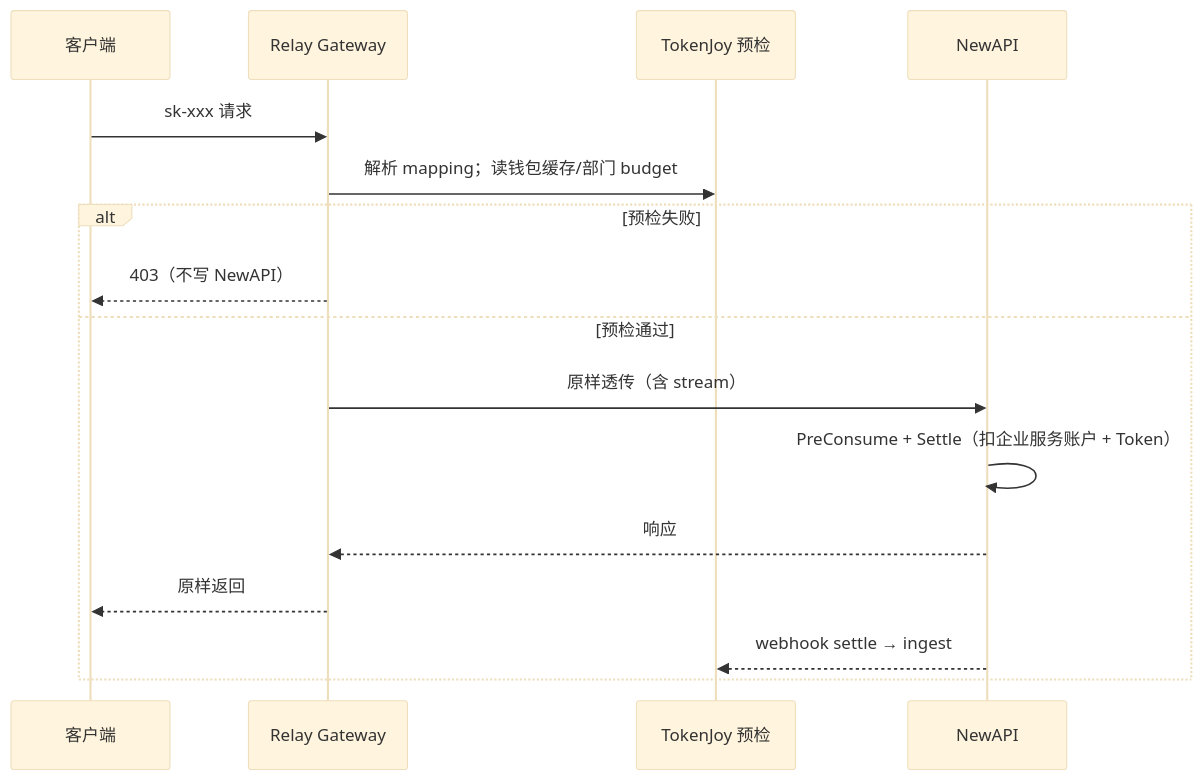
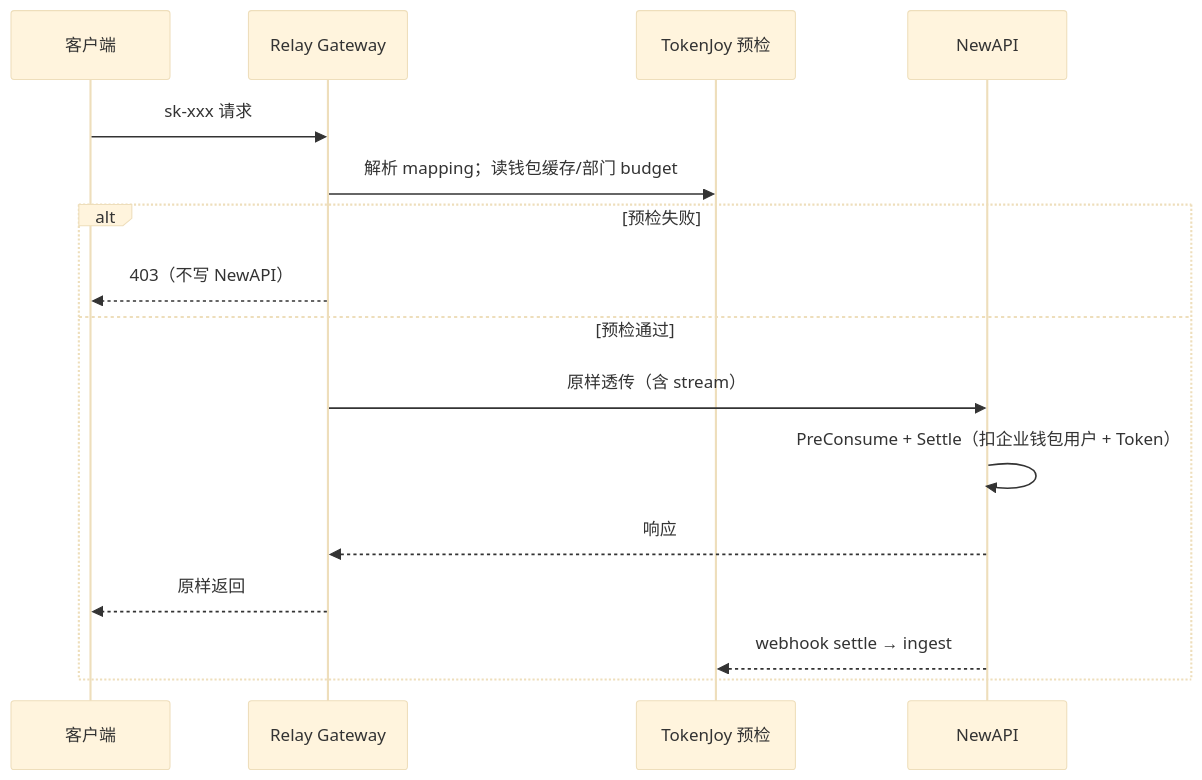
One commit to quyip8818/mytokenjoy changed the fifth of 5 diagrams in docs/Backend-SaaS多租户架构.md. Above: the diagram before and after it, drawn with Mermaid (base theme). The commit also changed other lines of this file and 120 other files, not shown here.

````diff
--- a/docs/Backend-SaaS多租户架构.md
+++ b/docs/Backend-SaaS多租户架构.md
@@ -316,19 +316,19 @@
 ```mermaid
 sequenceDiagram
     participant C as 客户端
     participant GW as Relay Gateway
     participant TJ as TokenJoy 预检
     participant NA as NewAPI
 
     C->>GW: sk-xxx 请求
     GW->>TJ: 解析 mapping；读钱包缓存/部门 budget
     alt 预检失败
         GW-->>C: 403（不写 NewAPI）
     else 预检通过
         GW->>NA: 原样透传（含 stream）
-        NA->>NA: PreConsume + Settle（扣企业服务账户 + Token）
+        NA->>NA: PreConsume + Settle（扣企业钱包用户 + Token）
         NA-->>GW: 响应
         GW-->>C: 原样返回
         NA-->>TJ: webhook settle → ingest
     end
 ```
````
